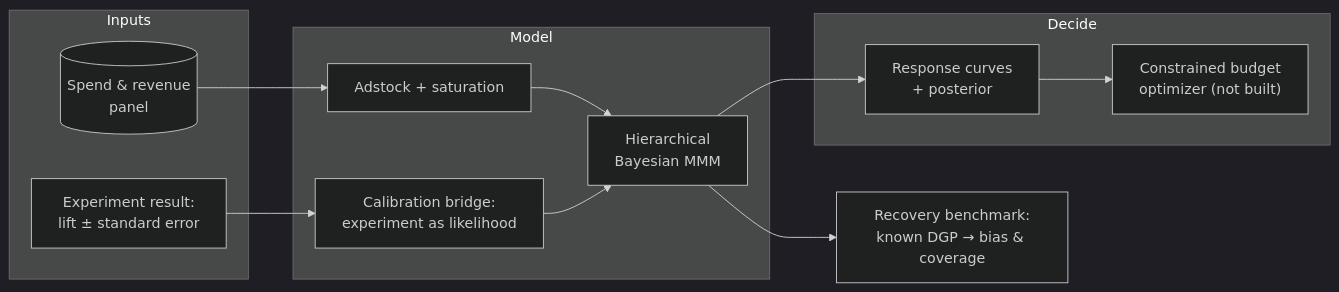
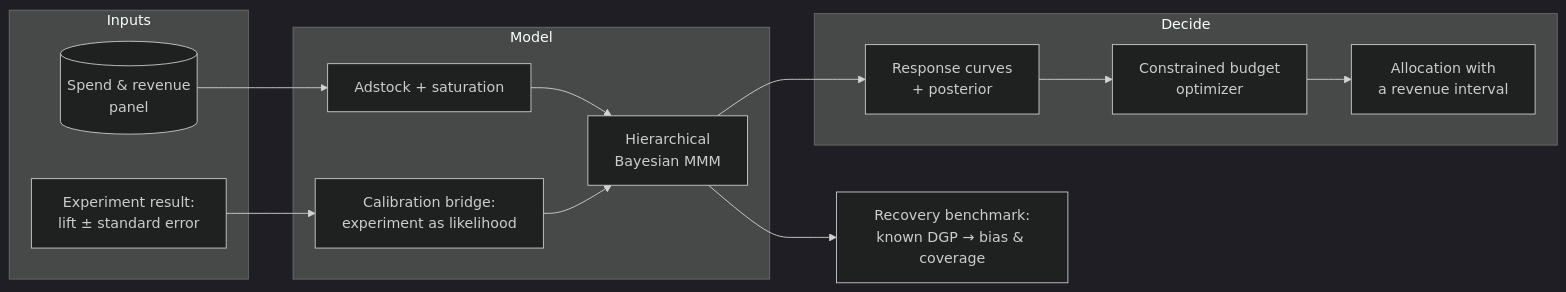
One commit to DataScientist13/liftlab changed the diagram in README.md. Above: the diagram before and after it, drawn with Mermaid (dark theme). The commit also changed other lines of this file and 7 other files, not shown here.

````diff
--- a/README.md
+++ b/README.md
@@ -31,18 +31,19 @@
 ```mermaid
 flowchart LR
     subgraph inputs["Inputs"]
         S[("Spend & revenue<br/>panel")]
         E["Experiment result:<br/>lift ± standard error"]
     end
     subgraph core["Model"]
         S --> A["Adstock + saturation"]
         A --> MMM["Hierarchical<br/>Bayesian MMM"]
         E --> B["Calibration bridge:<br/>experiment as likelihood"]
         B --> MMM
     end
     subgraph out["Decide"]
         MMM --> R["Response curves<br/>+ posterior"]
-        R --> O["Constrained budget<br/>optimizer (not built)"]
+        R --> O["Constrained budget<br/>optimizer"]
+        O --> P["Allocation with<br/>a revenue interval"]
     end
     MMM --> V["Recovery benchmark:<br/>known DGP → bias & coverage"]
 ```
````
